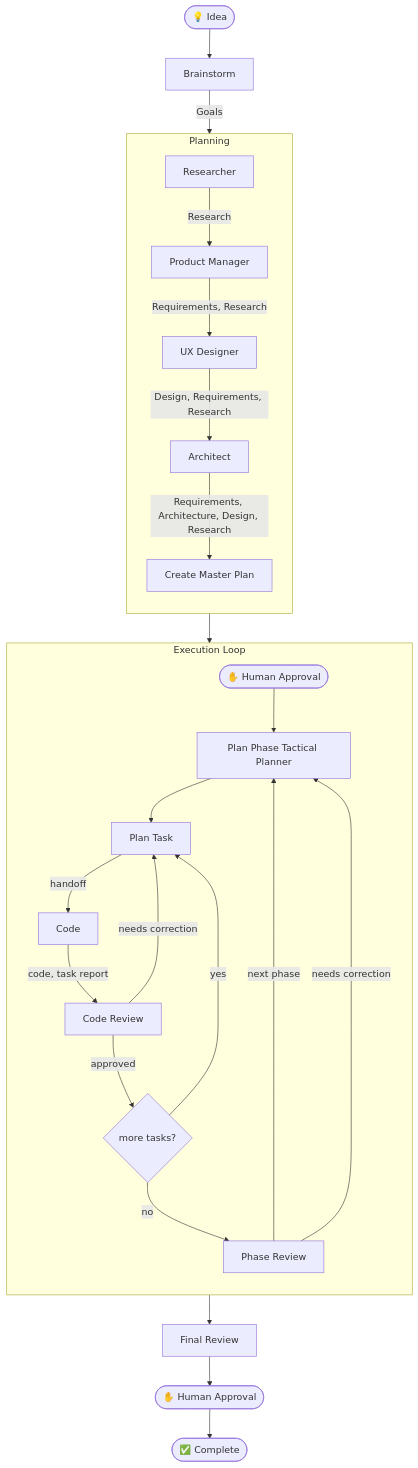
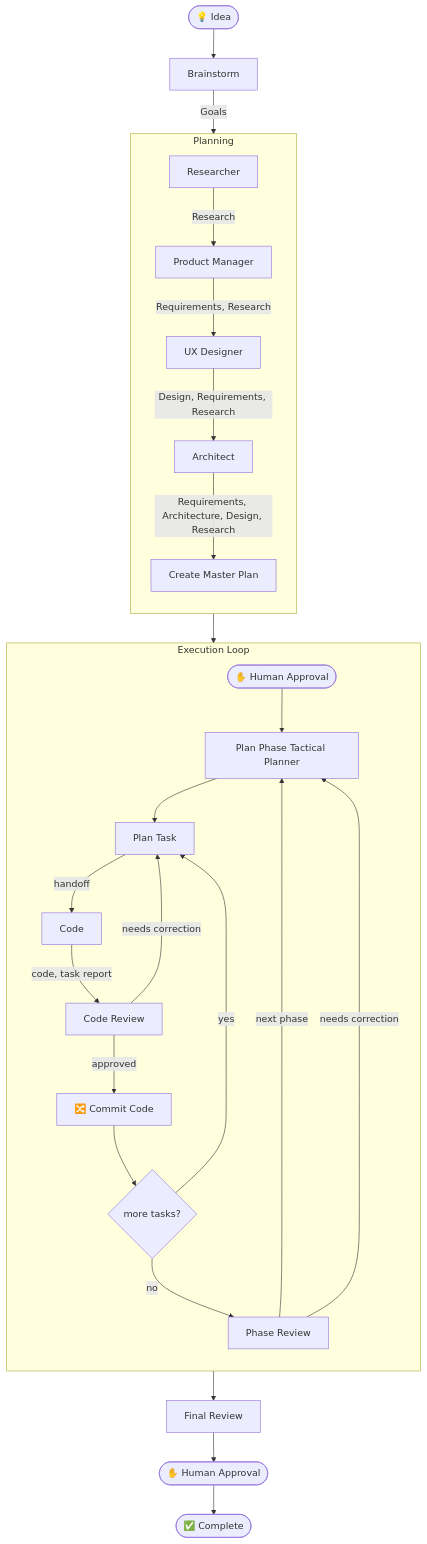
One commit to MetalHexx/RadOrchestration changed the diagram in README.md. Above: the diagram before and after it, drawn with Mermaid. The commit also changed other lines of this file and 28 other files, not shown here.

````diff
--- a/README.md
+++ b/README.md
@@ -11,33 +11,34 @@
 ```mermaid
 flowchart TD
     START([💡 Idea]) --> BRAINSTORM[Brainstorm]
     BRAINSTORM --> |Goals| RESEARCH
 
     subgraph PLANNING [Planning]
         direction TB
         RESEARCH[Researcher] --> |Research| PRD[Product Manager]
         PRD --> |Requirements, Research| DESIGN[UX Designer]
         DESIGN --> |Design, Requirements, Research| ARCH[Architect]
         ARCH --> |Requirements, Architecture, Design, Research| MASTERPLAN[Create Master Plan]
     end
 
     MASTERPLAN --> GATE1(["✋ Human Approval"])
 
     subgraph EXECUTION [Execution Loop]
         direction TB
         GATE1 --> PHASE[Plan Phase Tactical Planner]
         PHASE --> HANDOFF[Plan Task]
         HANDOFF --> |handoff| CODE[Code]
         CODE --> |code, task report|REVIEW[Code Review]
         REVIEW -->|needs correction | HANDOFF
-        REVIEW -->|approved| MORETASKS{more tasks?}
+        REVIEW -->|approved| COMMIT[🔀 Commit Code]
+        COMMIT --> MORETASKS{more tasks?}
         MORETASKS -->|yes| HANDOFF
         MORETASKS -->|no| PHASEREVIEW[Phase Review]
         PHASEREVIEW -->|next phase| PHASE
         PHASEREVIEW -->|needs correction| PHASE
     end
 
     PHASEREVIEW --> FINAL[Final Review]
     FINAL --> GATE2(["✋ Human Approval"])
     GATE2 --> DONE([✅ Complete])
 ```
````
